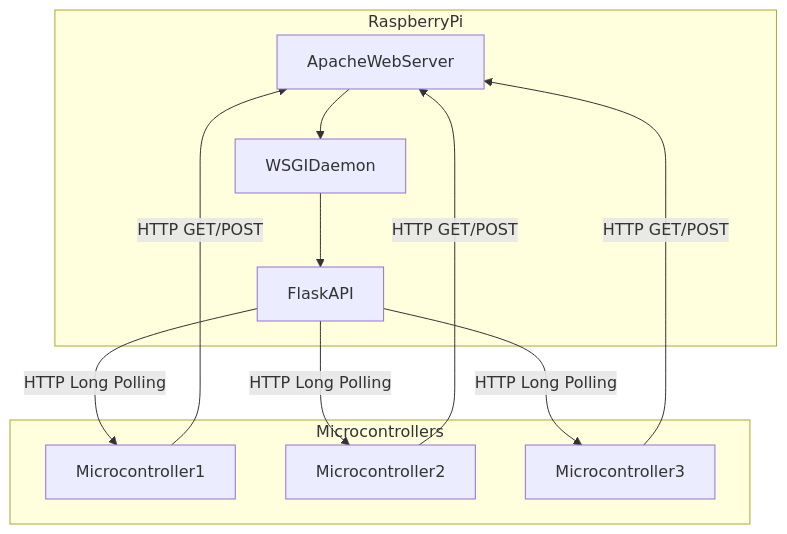
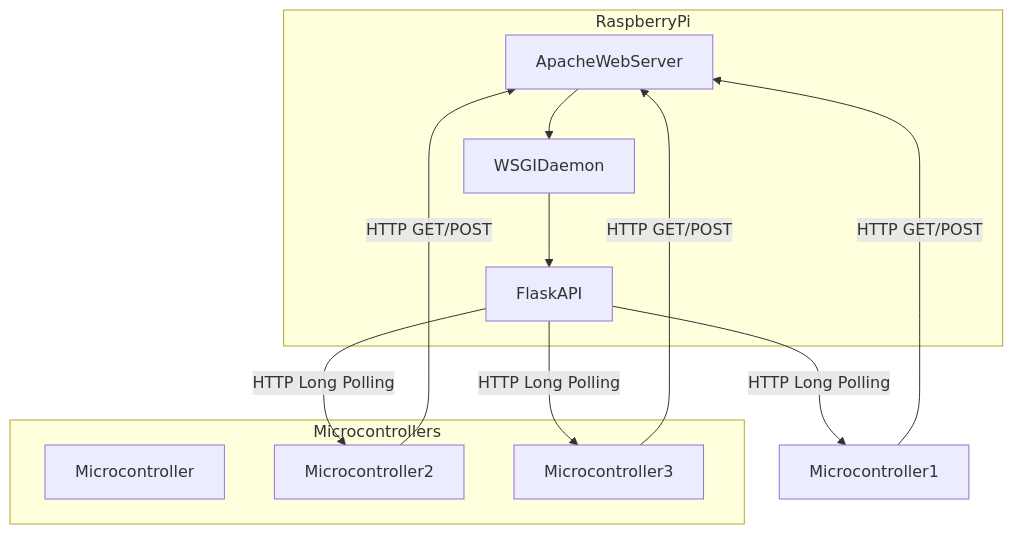
The first of 3 diagrams in docs/architecture/netwerk_infra.md (almukhabarat/bingo_game_elderly), drawn with Mermaid before and after one commit. The commit also changed other lines of this file, not shown here.

````diff
--- a/docs/architecture/netwerk_infra.md
+++ b/docs/architecture/netwerk_infra.md
@@ -1,23 +3,24 @@
 ```mermaid
 graph TD
   subgraph RaspberryPi
     ApacheWebServer
     WSGIDaemon
     FlaskAPI
   end
 
   subgraph Microcontrollers
-    Microcontroller1
+    Microcontroller
     Microcontroller2
     Microcontroller3
   end
 
   Microcontroller1 -->|HTTP GET/POST| ApacheWebServer
+  
   Microcontroller2 -->|HTTP GET/POST| ApacheWebServer
   Microcontroller3 -->|HTTP GET/POST| ApacheWebServer
   ApacheWebServer --> WSGIDaemon
   WSGIDaemon --> FlaskAPI
   FlaskAPI -->|HTTP Long Polling| Microcontroller1
   FlaskAPI -->|HTTP Long Polling| Microcontroller2
   FlaskAPI -->|HTTP Long Polling| Microcontroller3
 ```
````
